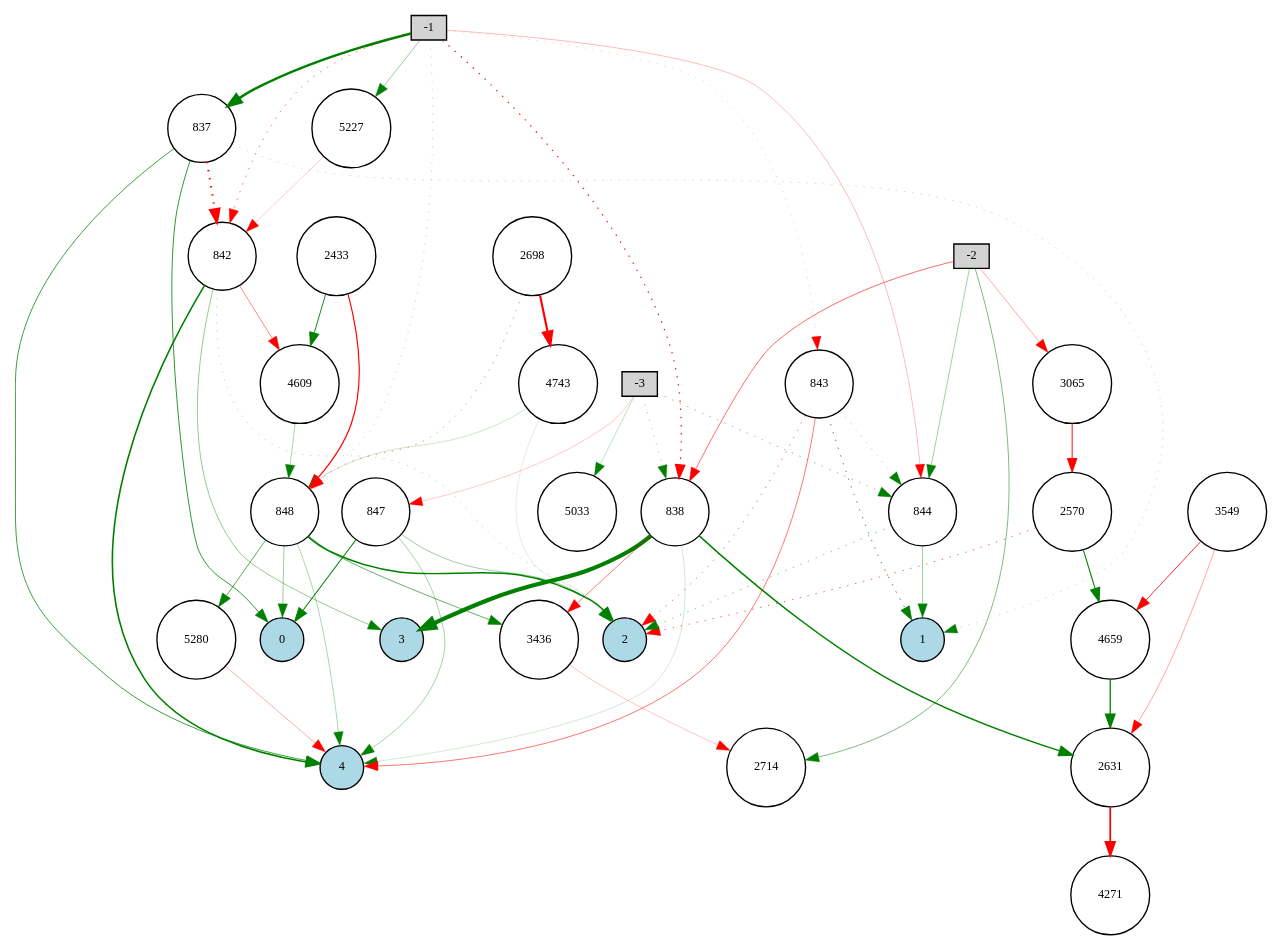
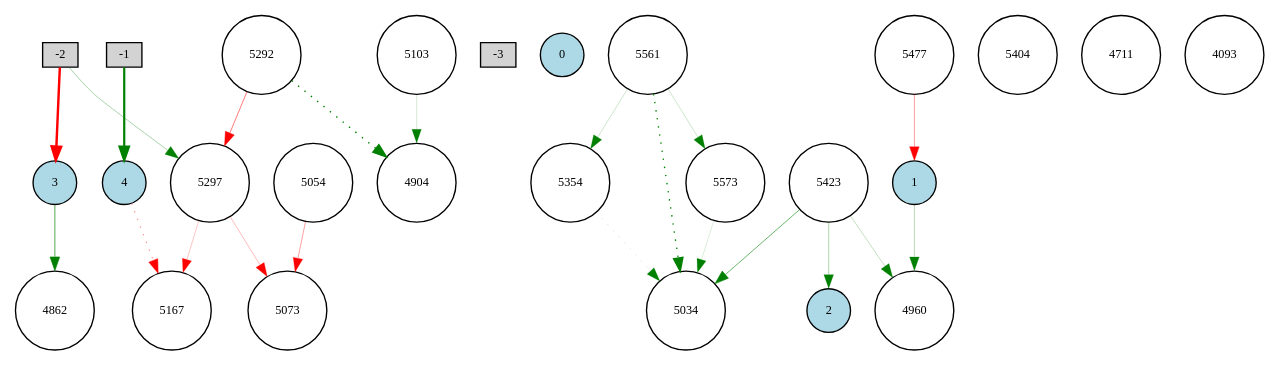
Before and after one commit to Pappol/Autonomus_driving_Genetic_Algorithms: the diagram in NEAT/nets/winner-net-pruned-3.gv, drawn with Graphviz. The commit also changed 80 other files, not shown here.

```diff
--- a/NEAT/nets/winner-net-pruned-3.gv
+++ b/NEAT/nets/winner-net-pruned-3.gv
@@ -1,91 +1,50 @@
 digraph {
 	node [fontsize=9 height=0.2 shape=circle width=0.2]
 	-1 [fillcolor=lightgray shape=box style=filled]
 	-2 [fillcolor=lightgray shape=box style=filled]
 	-3 [fillcolor=lightgray shape=box style=filled]
 	0 [fillcolor=lightblue style=filled]
 	1 [fillcolor=lightblue style=filled]
 	2 [fillcolor=lightblue style=filled]
 	3 [fillcolor=lightblue style=filled]
 	4 [fillcolor=lightblue style=filled]
-	2433 [fillcolor=white style=filled]
-	4609 [fillcolor=white style=filled]
-	4743 [fillcolor=white style=filled]
-	2570 [fillcolor=white style=filled]
-	2698 [fillcolor=white style=filled]
-	2714 [fillcolor=white style=filled]
-	5280 [fillcolor=white style=filled]
-	5033 [fillcolor=white style=filled]
-	4271 [fillcolor=white style=filled]
-	4659 [fillcolor=white style=filled]
-	837 [fillcolor=white style=filled]
-	838 [fillcolor=white style=filled]
-	2631 [fillcolor=white style=filled]
-	842 [fillcolor=white style=filled]
-	843 [fillcolor=white style=filled]
-	844 [fillcolor=white style=filled]
-	847 [fillcolor=white style=filled]
-	848 [fillcolor=white style=filled]
-	3549 [fillcolor=white style=filled]
-	5227 [fillcolor=white style=filled]
-	3436 [fillcolor=white style=filled]
-	3065 [fillcolor=white style=filled]
-	-1 -> 837 [color=green penwidth=1.900862882836587 style=solid]
-	-1 -> 838 [color=red penwidth=0.8508870486728202 style=dotted]
-	-1 -> 842 [color=red penwidth=0.4513573734844639 style=dotted]
-	-1 -> 843 [color=red penwidth=0.14865083511597804 style=dotted]
-	-1 -> 844 [color=red penwidth=0.2021495898645254 style=solid]
-	-1 -> 848 [color=red penwidth=0.19310456239009094 style=dotted]
-	-2 -> 838 [color=red penwidth=0.42666548327799747 style=solid]
-	-2 -> 844 [color=green penwidth=0.26625770022948414 style=solid]
-	-3 -> 838 [color=green penwidth=0.2653566311079372 style=dotted]
-	-3 -> 844 [color=green penwidth=0.3635169580361072 style=dotted]
-	-3 -> 847 [color=red penwidth=0.16245633741420284 style=solid]
-	837 -> 0 [color=green penwidth=0.6010463936749412 style=solid]
-	837 -> 1 [color=green penwidth=0.1836502291144488 style=dotted]
-	837 -> 4 [color=green penwidth=0.5469432838151526 style=solid]
-	838 -> 3 [color=green penwidth=3.0501514958946574 style=solid]
-	838 -> 4 [color=green penwidth=0.1326570420964498 style=solid]
-	842 -> 2 [color=green penwidth=0.20041745470442512 style=dotted]
-	842 -> 3 [color=green penwidth=0.3129156891593339 style=solid]
-	842 -> 4 [color=green penwidth=1.1711795629778878 style=solid]
-	843 -> 1 [color=green penwidth=0.5914583460622684 style=dotted]
-	843 -> 2 [color=red penwidth=0.4289141320267271 style=dotted]
-	843 -> 4 [color=red penwidth=0.4014786482168149 style=solid]
-	844 -> 1 [color=green penwidth=0.2751217798959509 style=solid]
-	844 -> 2 [color=green penwidth=0.3597321123587349 style=dotted]
-	847 -> 2 [color=green penwidth=0.29089026226226544 style=solid]
-	847 -> 4 [color=green penwidth=0.25586334926074183 style=solid]
-	848 -> 0 [color=green penwidth=0.28934660022601677 style=solid]
-	848 -> 2 [color=green penwidth=1.071317836612147 style=solid]
-	848 -> 4 [color=green penwidth=0.2378629277587633 style=solid]
-	2433 -> 848 [color=red penwidth=0.8602181971631149 style=solid]
-	2570 -> 2 [color=red penwidth=0.4766223158048044 style=dotted]
-	843 -> 844 [color=green penwidth=0.21492683813681818 style=dotted]
-	-2 -> 3065 [color=red penwidth=0.24532679937216917 style=solid]
-	848 -> 3436 [color=green penwidth=0.450359779509406 style=solid]
-	3549 -> 2631 [color=red penwidth=0.26446333153618706 style=solid]
-	2698 -> 848 [color=red penwidth=0.34876213672114986 style=dotted]
-	837 -> 842 [color=red penwidth=1.5212153295504323 style=dotted]
-	3436 -> 2714 [color=red penwidth=0.16722333905247438 style=solid]
-	3065 -> 2570 [color=red penwidth=0.692023916196655 style=solid]
-	2631 -> 4271 [color=red penwidth=1.2667478481829075 style=solid]
-	842 -> 4609 [color=red penwidth=0.3350916860909847 style=solid]
-	3549 -> 4659 [color=red penwidth=0.6181869350698977 style=solid]
-	4659 -> 2631 [color=green penwidth=0.9709489966952943 style=solid]
-	838 -> 3436 [color=red penwidth=0.3794296487897568 style=solid]
-	2698 -> 4743 [color=red penwidth=1.5771190514505478 style=solid]
-	4743 -> 848 [color=green penwidth=0.14741640357715002 style=solid]
-	4609 -> 848 [color=green penwidth=0.24801419838278016 style=solid]
-	-2 -> 2714 [color=green penwidth=0.37570369052215447 style=solid]
-	838 -> 2631 [color=green penwidth=1.0392373749424444 style=solid]
-	847 -> 0 [color=green penwidth=0.7715950957229328 style=solid]
-	-3 -> 5033 [color=green penwidth=0.19166702963117566 style=solid]
-	2570 -> 4659 [color=green penwidth=0.7772648111973666 style=solid]
-	-1 -> 5227 [color=green penwidth=0.30000000000000004 style=solid]
-	5227 -> 842 [color=red penwidth=0.14767311239868003 style=solid]
-	848 -> 5280 [color=green penwidth=0.4891758804277312 style=solid]
-	5280 -> 4 [color=red penwidth=0.2384891988751002 style=solid]
-	2433 -> 4609 [color=green penwidth=0.6739670246449339 style=solid]
-	4743 -> 2 [color=green penwidth=0.10399437888647374 style=solid]
+	5404 [fillcolor=white style=filled]
+	4904 [fillcolor=white style=filled]
+	5034 [fillcolor=white style=filled]
+	5292 [fillcolor=white style=filled]
+	5167 [fillcolor=white style=filled]
+	5423 [fillcolor=white style=filled]
+	5297 [fillcolor=white style=filled]
+	5561 [fillcolor=white style=filled]
+	5054 [fillcolor=white style=filled]
+	5573 [fillcolor=white style=filled]
+	5073 [fillcolor=white style=filled]
+	4960 [fillcolor=white style=filled]
+	5477 [fillcolor=white style=filled]
+	4711 [fillcolor=white style=filled]
+	5354 [fillcolor=white style=filled]
+	5103 [fillcolor=white style=filled]
+	4093 [fillcolor=white style=filled]
+	4862 [fillcolor=white style=filled]
+	-1 -> 4 [color=green penwidth=1.609375564813982 style=solid]
+	-2 -> 3 [color=red penwidth=1.7898341029554208 style=solid]
+	5054 -> 5073 [color=red penwidth=0.26689718243842975 style=solid]
+	5103 -> 4904 [color=green penwidth=0.11839872574192194 style=solid]
+	5292 -> 4904 [color=green penwidth=1.064345170118519 style=dotted]
+	-2 -> 5297 [color=green penwidth=0.2512465223855625 style=solid]
+	5354 -> 5034 [color=green penwidth=0.15292514709788557 style=dotted]
+	5423 -> 4960 [color=green penwidth=0.18319272838331827 style=solid]
+	4 -> 5167 [color=red penwidth=0.3859914574082519 style=dotted]
+	5477 -> 1 [color=red penwidth=0.28604515046892853 style=solid]
+	1 -> 4960 [color=green penwidth=0.21263925868702832 style=solid]
+	5297 -> 5167 [color=red penwidth=0.17302221910737675 style=solid]
+	5561 -> 5034 [color=green penwidth=0.991792159734616 style=dotted]
+	5561 -> 5573 [color=green penwidth=0.1487373505499563 style=solid]
+	5573 -> 5034 [color=green penwidth=0.11273800493766878 style=solid]
+	5292 -> 5297 [color=red penwidth=0.3865405801554439 style=solid]
+	5297 -> 5073 [color=red penwidth=0.20415875855047697 style=solid]
+	5423 -> 5034 [color=green penwidth=0.42545811832750857 style=solid]
+	3 -> 4862 [color=green penwidth=0.5066865439462439 style=solid]
+	5561 -> 5354 [color=green penwidth=0.1534944029383461 style=solid]
+	5423 -> 2 [color=green penwidth=0.23657600724058162 style=solid]
 }
```
